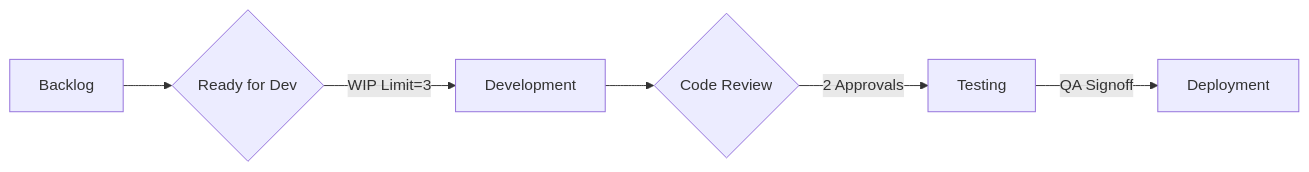
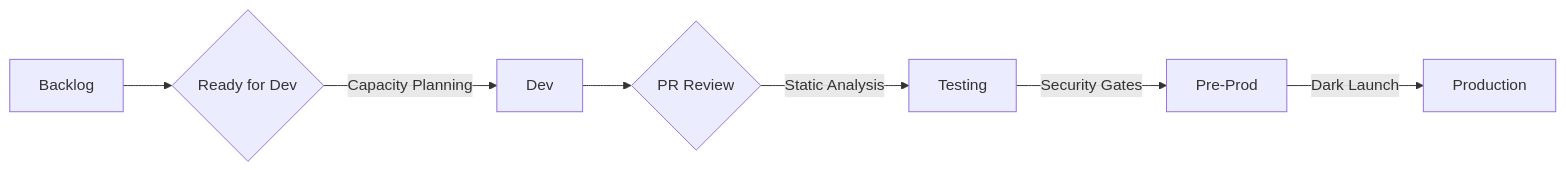
The first of 2 diagrams in README.md (zerospeak/Corpay_Competency), drawn with Mermaid before and after one commit. The commit also changed other lines of this file, not shown here.

````diff
--- a/README.md
+++ b/README.md
@@ -106,8 +147,9 @@
 ```mermaid
 graph LR
   A[Backlog] --> B{Ready for Dev}
-  B -->|WIP Limit=3| C[Development]
-  C --> D{Code Review}
-  D -->|2 Approvals| E[Testing]
-  E -->|QA Signoff| F[Deployment]
+  B -->|Capacity Planning| C[Dev]
+  C --> D{PR Review}
+  D -->|Static Analysis| E[Testing]
+  E -->|Security Gates| F[Pre-Prod]
+  F -->|Dark Launch| G[Production]
 ```
````
